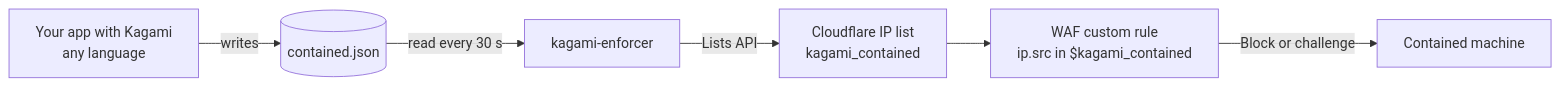
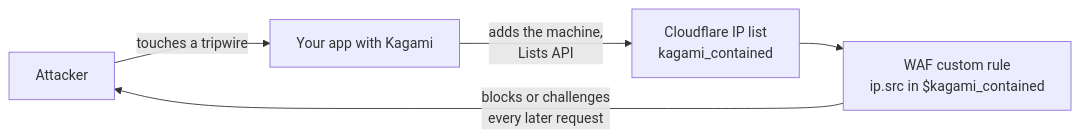
Before and after one commit to agenticslabs-xyz/lurensic: the diagram in docs/guides/cloudflare.md, drawn with Mermaid. The commit also changed other lines of this file and 38 other files, not shown here.

````diff
--- a/docs/guides/cloudflare.md
+++ b/docs/guides/cloudflare.md
@@ -6,8 +7,7 @@
 ```mermaid
 flowchart LR
-    APP["Your app with Kagami<br/>any language"] -->|"writes"| FILE[("contained.json")]
-    FILE -->|"read every 30 s"| KE["kagami-enforcer"]
-    KE -->|"Lists API"| LIST["Cloudflare IP list<br/>kagami_contained"]
+    ATT["Attacker"] -->|"touches a tripwire"| APP["Your app with Kagami"]
+    APP -->|"adds the machine,<br/>Lists API"| LIST["Cloudflare IP list<br/>kagami_contained"]
     LIST --> RULE["WAF custom rule<br/>ip.src in $kagami_contained"]
-    RULE -->|"Block or challenge"| ATT["Contained machine"]
+    RULE -->|"blocks or challenges<br/>every later request"| ATT
 ```
````
